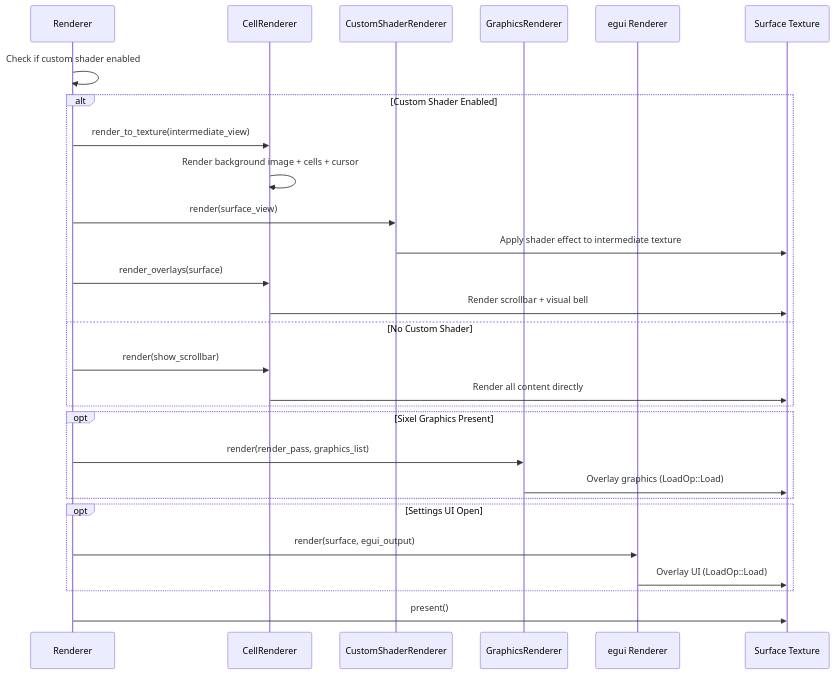
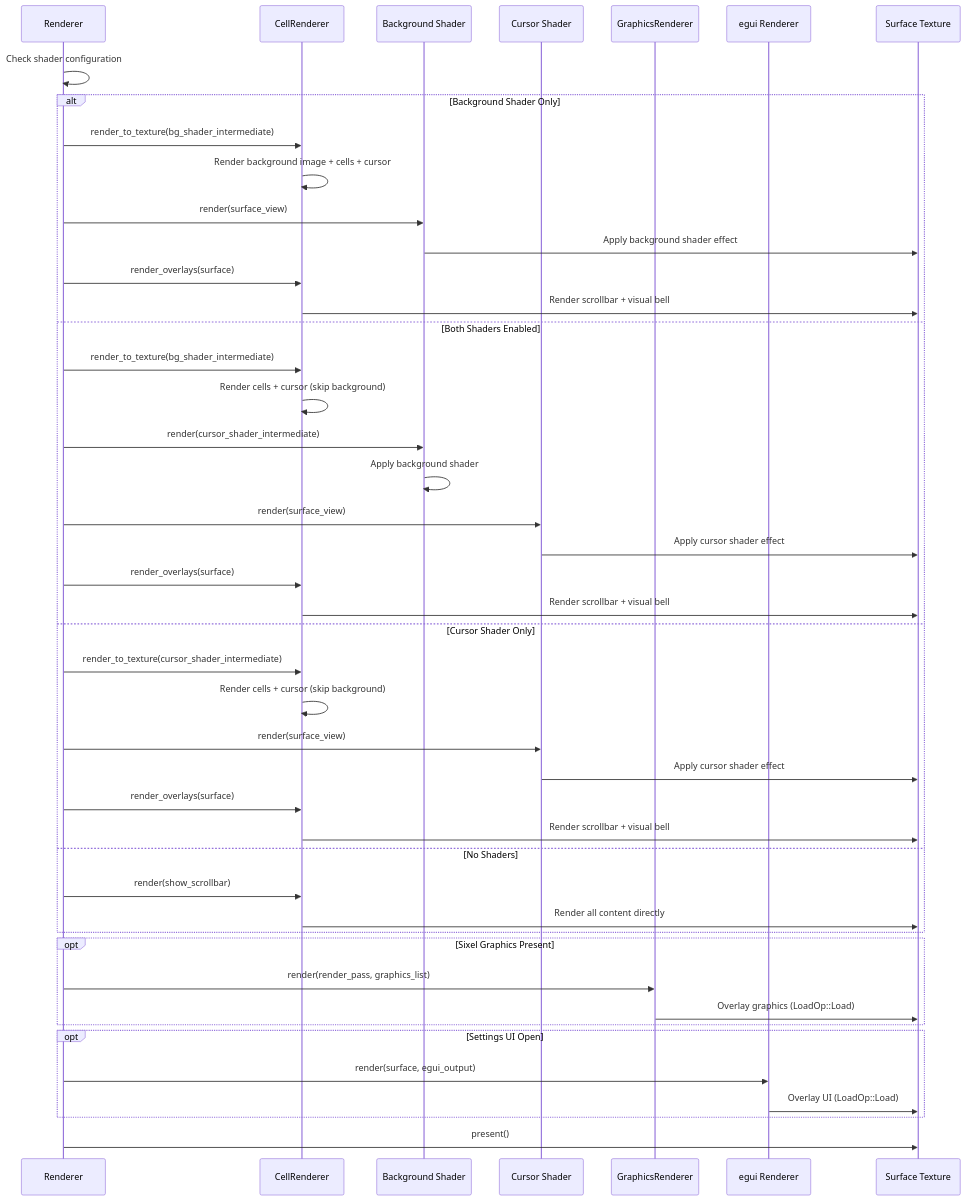
Before and after one commit to paulrobello/par-term: the second of 5 diagrams in docs/COMPOSITOR.md, drawn with Mermaid. The commit also changed other lines of this file, not shown here.

````diff
--- a/docs/COMPOSITOR.md
+++ b/docs/COMPOSITOR.md
@@ -82,35 +86,52 @@
 ```mermaid
 sequenceDiagram
     participant Renderer as Renderer
     participant CR as CellRenderer
-    participant CSR as CustomShaderRenderer
+    participant BSR as Background Shader
+    participant CSR as Cursor Shader
     participant GR as GraphicsRenderer
     participant Egui as egui Renderer
     participant Surface as Surface Texture
 
-    Renderer->>Renderer: Check if custom shader enabled
+    Renderer->>Renderer: Check shader configuration
 
-    alt Custom Shader Enabled
-        Renderer->>CR: render_to_texture(intermediate_view)
+    alt Background Shader Only
+        Renderer->>CR: render_to_texture(bg_shader_intermediate)
         CR->>CR: Render background image + cells + cursor
-        Renderer->>CSR: render(surface_view)
-        CSR->>Surface: Apply shader effect to intermediate texture
+        Renderer->>BSR: render(surface_view)
+        BSR->>Surface: Apply background shader effect
         Renderer->>CR: render_overlays(surface)
         CR->>Surface: Render scrollbar + visual bell
-    else No Custom Shader
+    else Both Shaders Enabled
+        Renderer->>CR: render_to_texture(bg_shader_intermediate)
+        CR->>CR: Render cells + cursor (skip background)
+        Renderer->>BSR: render(cursor_shader_intermediate)
+        BSR->>BSR: Apply background shader
+        Renderer->>CSR: render(surface_view)
+        CSR->>Surface: Apply cursor shader effect
+        Renderer->>CR: render_overlays(surface)
+        CR->>Surface: Render scrollbar + visual bell
+    else Cursor Shader Only
+        Renderer->>CR: render_to_texture(cursor_shader_intermediate)
+        CR->>CR: Render cells + cursor (skip background)
+        Renderer->>CSR: render(surface_view)
+        CSR->>Surface: Apply cursor shader effect
+        Renderer->>CR: render_overlays(surface)
+        CR->>Surface: Render scrollbar + visual bell
+    else No Shaders
         Renderer->>CR: render(show_scrollbar)
         CR->>Surface: Render all content directly
     end
 
     opt Sixel Graphics Present
         Renderer->>GR: render(render_pass, graphics_list)
         GR->>Surface: Overlay graphics (LoadOp::Load)
     end
 
     opt Settings UI Open
         Renderer->>Egui: render(surface, egui_output)
         Egui->>Surface: Overlay UI (LoadOp::Load)
     end
 
     Renderer->>Surface: present()
 ```
````
